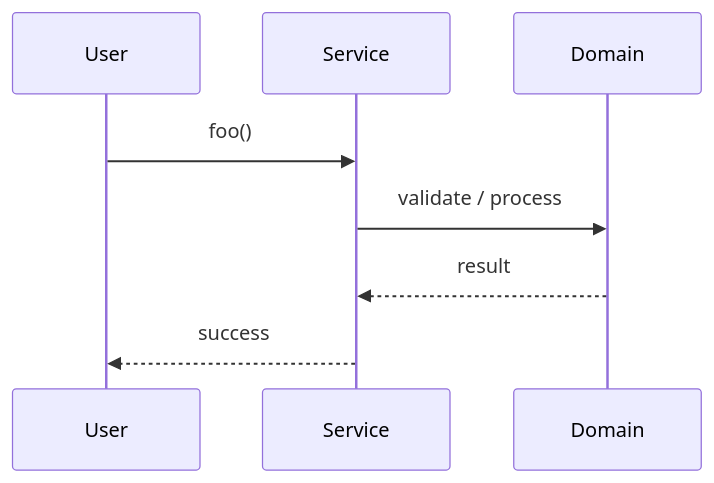
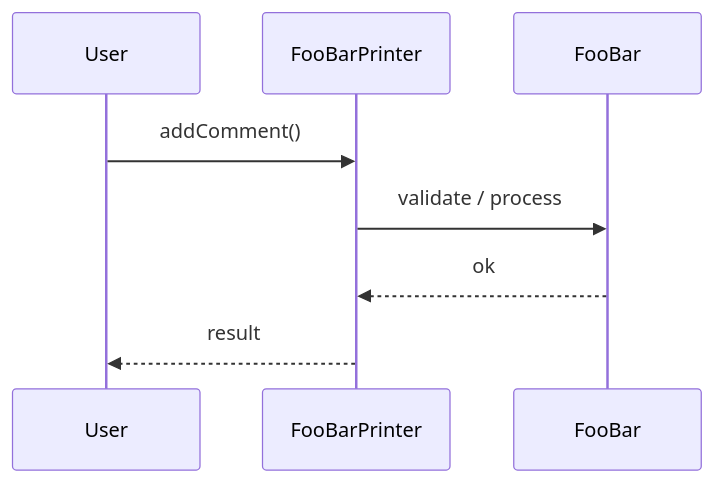
The second of 3 diagrams in Learn/System Design - Low Level Design/04-concurrency-lld/questions/Q09-print-foobar.md (madhupaila/Interview-Prep-SSE), drawn with Mermaid before and after one commit. The commit also changed other lines of this file and 491 other files, not shown here.

````diff
--- a/Learn/System Design - Low Level Design/04-concurrency-lld/questions/Q09-print-foobar.md
+++ b/Learn/System Design - Low Level Design/04-concurrency-lld/questions/Q09-print-foobar.md
@@ -119,10 +142,10 @@
 ```mermaid
 sequenceDiagram
-    participant U as User
-    participant S as Service
-    participant D as Domain
-    U->>S: foo()
-    S->>D: validate / process
-    D-->>S: result
-    S-->>U: success
+participant U as User
+participant S as FooBarPrinter
+participant D as FooBar
+U->>S: addComment()
+S->>D: validate / process
+D-->>S: ok
+S-->>U: result
 ```
````
